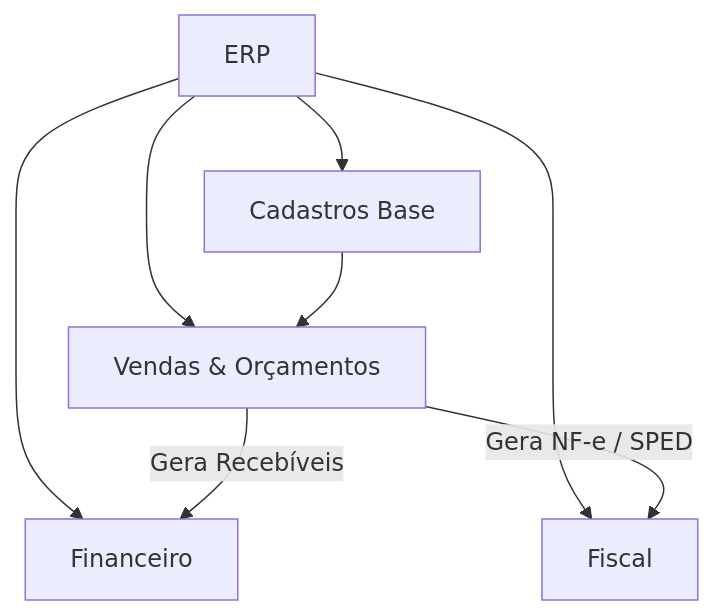
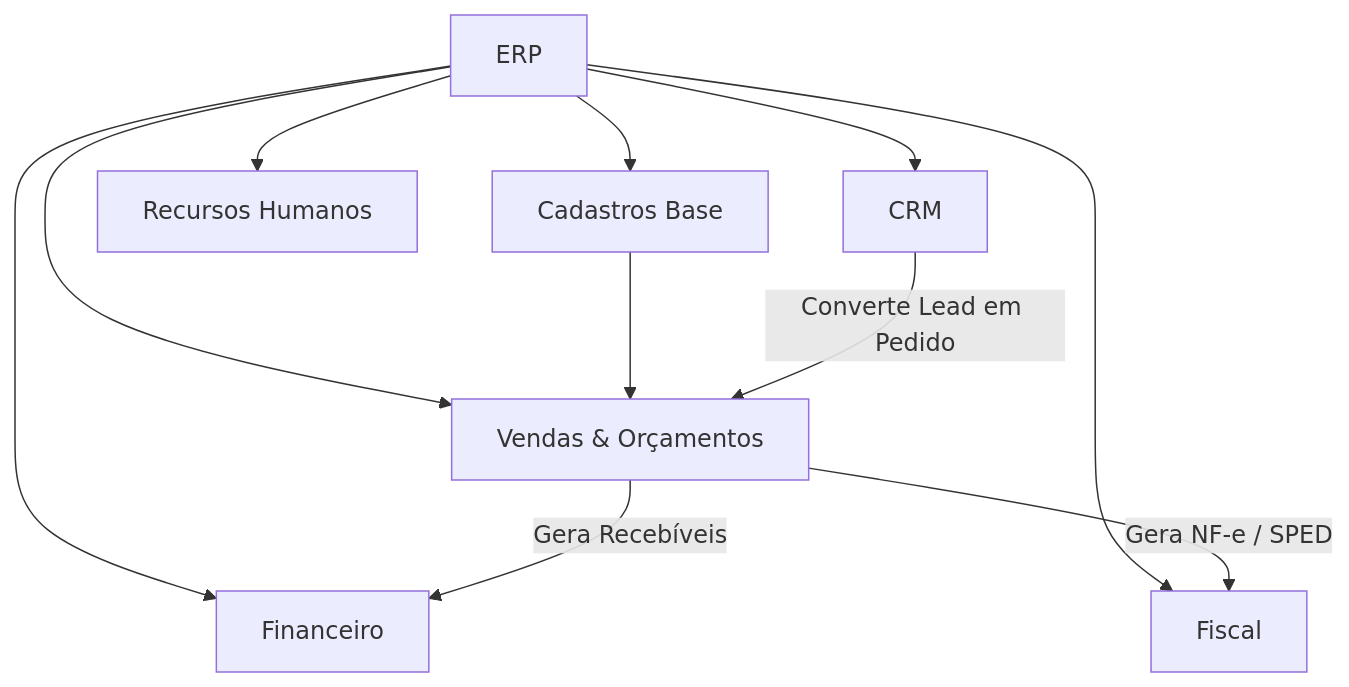
Before and after one commit to parreirapaulohenrique-hash/parreirasistemas: the fourth of 10 diagrams in platform/NOVO_AGENTE.md, drawn with Mermaid. The commit also changed other lines of this file and 2 other files, not shown here.

````diff
--- a/platform/NOVO_AGENTE.md
+++ b/platform/NOVO_AGENTE.md
@@ -92,10 +96,13 @@
 ```mermaid
 graph TD
     ERP[ERP] --> Cad[Cadastros Base]
     ERP --> Ven[Vendas & Orçamentos]
     ERP --> Fin[Financeiro]
     ERP --> Fisc[Fiscal]
+    ERP --> CRM[CRM]
+    ERP --> RH[Recursos Humanos]
     Cad --> Ven
     Ven -->|Gera Recebíveis| Fin
     Ven -->|Gera NF-e / SPED| Fisc
+    CRM -->|Converte Lead em Pedido| Ven
 ```
````
